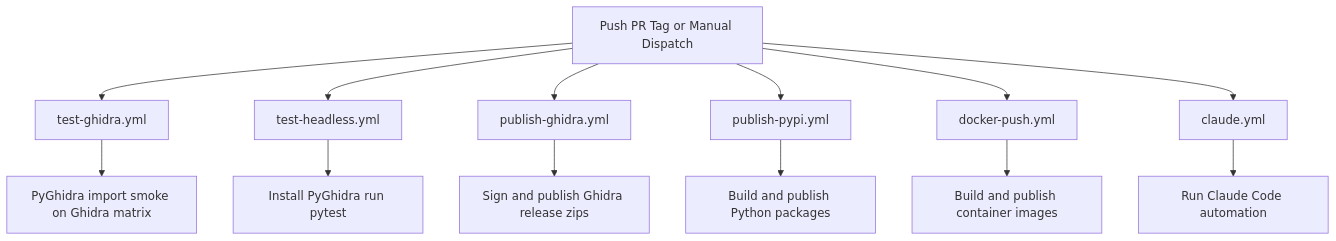
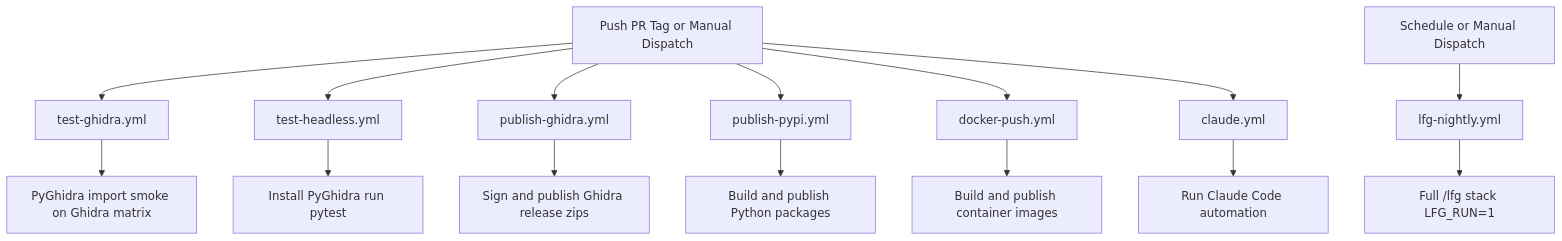
One commit to bolabaden/AgentDecompile changed the diagram in .github/CI_WORKFLOWS.md. Above: the diagram before and after it, drawn with Mermaid. The commit also changed other lines of this file and 5 other files, not shown here.

First line of the commit message:
ci: add weekly LFG nightly workflow for full /lfg stack (#53)

````diff
--- a/.github/CI_WORKFLOWS.md
+++ b/.github/CI_WORKFLOWS.md
@@ -5,15 +5,17 @@
 ```mermaid
 flowchart TD
     A[Push PR Tag or Manual Dispatch] --> B[test-ghidra.yml]
     A --> C[test-headless.yml]
     A --> D[publish-ghidra.yml]
     A --> E[publish-pypi.yml]
     A --> F[docker-push.yml]
     A --> G[claude.yml]
-    B --> H[PyGhidra import smoke on Ghidra matrix]
-    C --> I[Install PyGhidra run pytest]
-    D --> J[Sign and publish Ghidra release zips]
-    E --> K[Build and publish Python packages]
-    F --> L[Build and publish container images]
-    G --> M[Run Claude Code automation]
+    H[Schedule or Manual Dispatch] --> I[lfg-nightly.yml]
+    B --> J[PyGhidra import smoke on Ghidra matrix]
+    C --> K[Install PyGhidra run pytest]
+    I --> L[Full /lfg stack LFG_RUN=1]
+    D --> M[Sign and publish Ghidra release zips]
+    E --> N[Build and publish Python packages]
+    F --> O[Build and publish container images]
+    G --> P[Run Claude Code automation]
 ```
````
